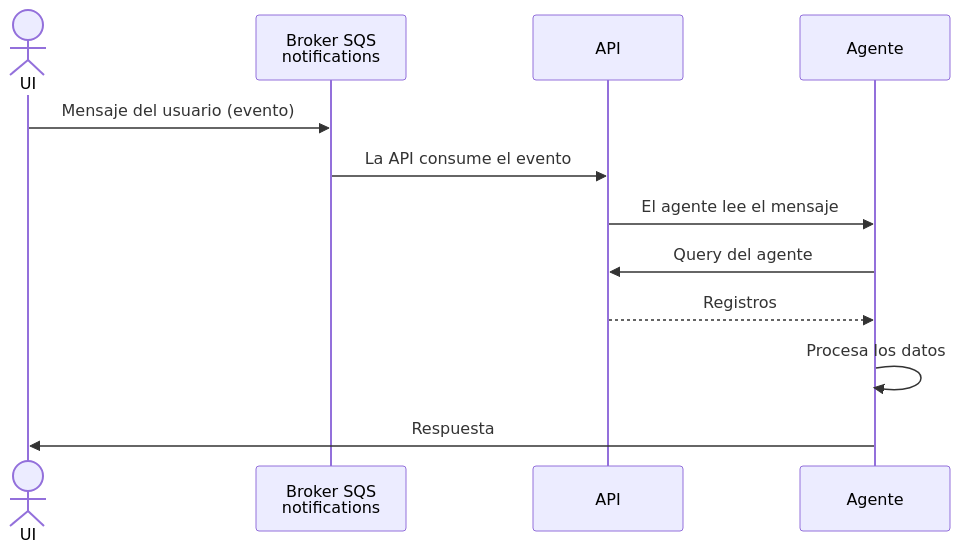
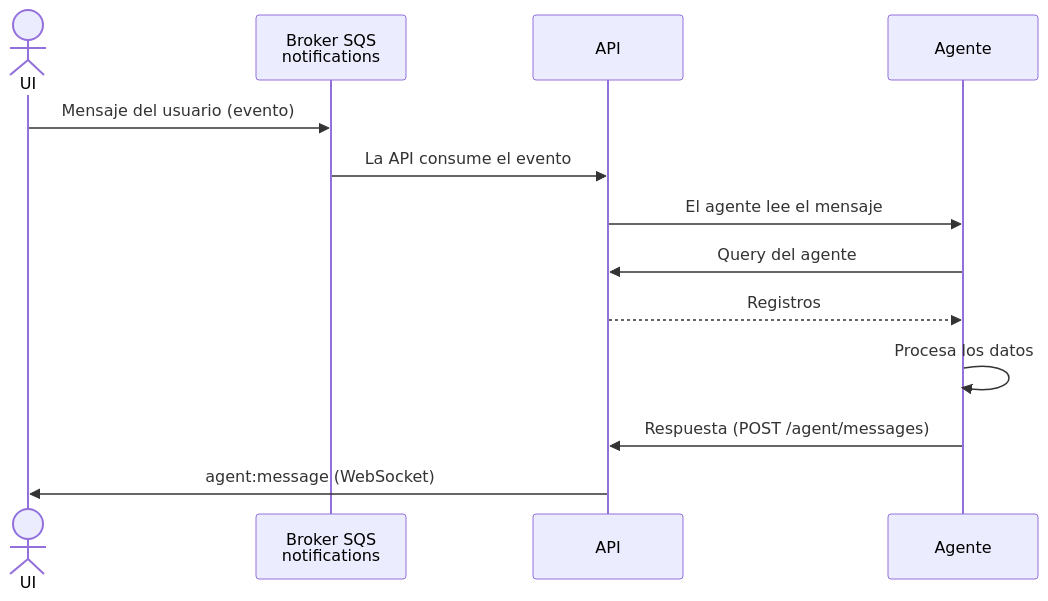
The second of 3 diagrams in README.md (AgustinReyesC/hack-saltillo-api), drawn with Mermaid before and after one commit. The commit also changed other lines of this file and 68 other files, not shown here.

First line of the commit message:
feat: add RealtimeGateway for WebSocket notifications and implement WorkOrders module

````diff
--- a/README.md
+++ b/README.md
@@ -139,14 +140,15 @@
 ```mermaid
 sequenceDiagram
     actor U as UI
     participant B as Broker SQS<br/>notifications
     participant A as API
     participant G as Agente
     U->>B: Mensaje del usuario (evento)
     B->>A: La API consume el evento
     A->>G: El agente lee el mensaje
     G->>A: Query del agente
     A-->>G: Registros
     G->>G: Procesa los datos
-    G->>U: Respuesta
+    G->>A: Respuesta (POST /agent/messages)
+    A->>U: agent:message (WebSocket)
 ```
````
